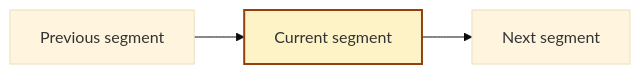
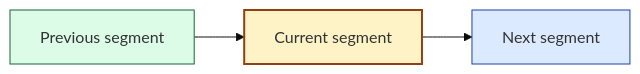
The diagram in .github/skills/rpi/rpi-walkthrough/references/walkthrough.md (microsoft/hve-core), drawn with Mermaid (base theme) before and after one commit. The commit also changed other lines of this file and 2 other files, not shown here.

````diff
--- a/.github/skills/rpi/rpi-walkthrough/references/walkthrough.md
+++ b/.github/skills/rpi/rpi-walkthrough/references/walkthrough.md
@@ -54,9 +54,13 @@
 ```mermaid
 flowchart LR
     prev[Previous segment]
     current[Current segment]
     next[Next segment]
     prev --> current --> next
+    classDef done fill:#dcfce7,stroke:#166534,stroke-width:1px;
     classDef current fill:#fef3c7,stroke:#92400e,stroke-width:2px;
+    classDef upcoming fill:#dbeafe,stroke:#1e40af,stroke-width:1px;
+    class prev done;
     class current current;
+    class next upcoming;
 ```
````
